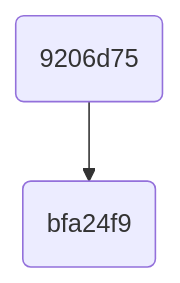
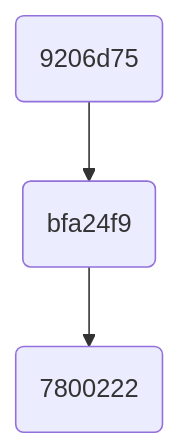
The diagram in HW2/graph.mmd (Aneynni/config_management_MIREA), drawn with Mermaid before and after one commit.

Commit message:
modified graph

```diff
--- a/HW2/graph.mmd
+++ b/HW2/graph.mmd
@@ -1,4 +1,6 @@
 graph TD;
+    7800222(7800222);
+    bfa24f9 --> 7800222;
     bfa24f9(bfa24f9);
     9206d75 --> bfa24f9;
     9206d75(9206d75);
```
